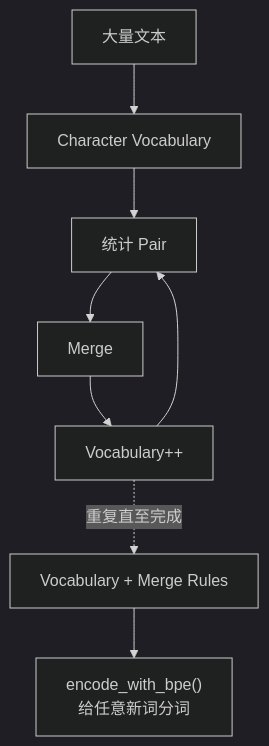
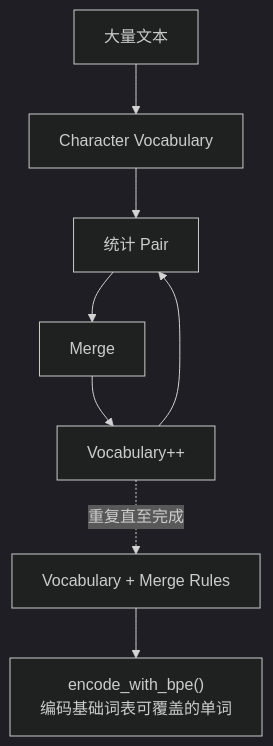
The second of 3 diagrams in 1. LLM基础/2.6 训练一个 Mini BPE Tokenizer.md (AI-learning-simple/Build-Your-Own-LLM), drawn with Mermaid (dark theme) before and after one commit. The commit also changed other lines of this file and 60 other files, not shown here.

````diff
--- a/1. LLM基础/2.6 训练一个 Mini BPE Tokenizer.md
+++ b/1. LLM基础/2.6 训练一个 Mini BPE Tokenizer.md
@@ -269,7 +279,7 @@
 ```mermaid
 flowchart TD
     A[大量文本] --> B[Character Vocabulary] --> C[统计 Pair] --> D[Merge] --> E["Vocabulary++"]
     E --> C
     E -.重复直至完成.-> F["Vocabulary + Merge Rules"]
-    F --> G["encode_with_bpe()<br/>给任意新词分词"]
+    F --> G["encode_with_bpe()<br/>编码基础词表可覆盖的单词"]
 ```
````
